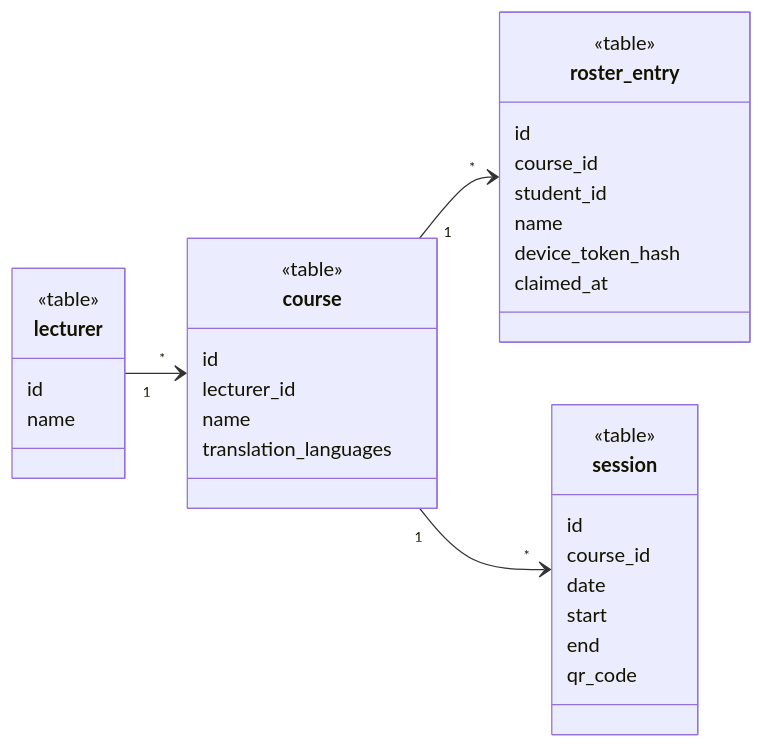
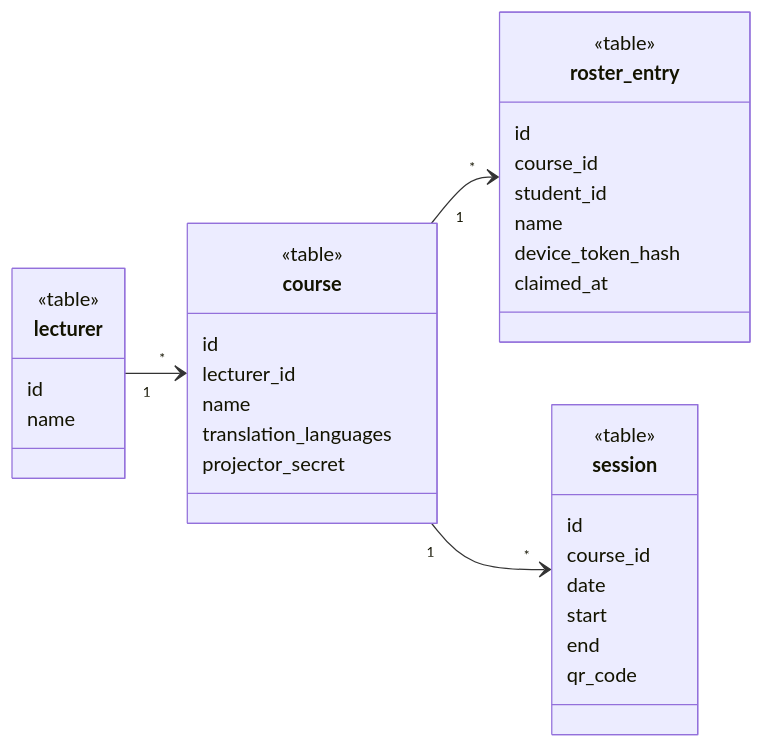
One commit to ofeq-dev/class-connect changed the second of 7 diagrams in docs/diagrams/class-diagram.md. Above: the diagram before and after it, drawn with Mermaid. The commit also changed other lines of this file and 6 other files, not shown here.

````diff
--- a/docs/diagrams/class-diagram.md
+++ b/docs/diagrams/class-diagram.md
@@ -166,37 +168,38 @@
 ```mermaid
 classDiagram
   direction LR
   class lecturer {
     <<table>>
     id
     name
   }
   class course {
     <<table>>
     id
     lecturer_id
     name
     translation_languages
+    projector_secret
   }
   class roster_entry {
     <<table>>
     id
     course_id
     student_id
     name
     device_token_hash
     claimed_at
   }
   class session {
     <<table>>
     id
     course_id
     date
     start
     end
     qr_code
   }
   lecturer "1" --> "*" course
   course "1" --> "*" roster_entry
   course "1" --> "*" session
 ```
````
